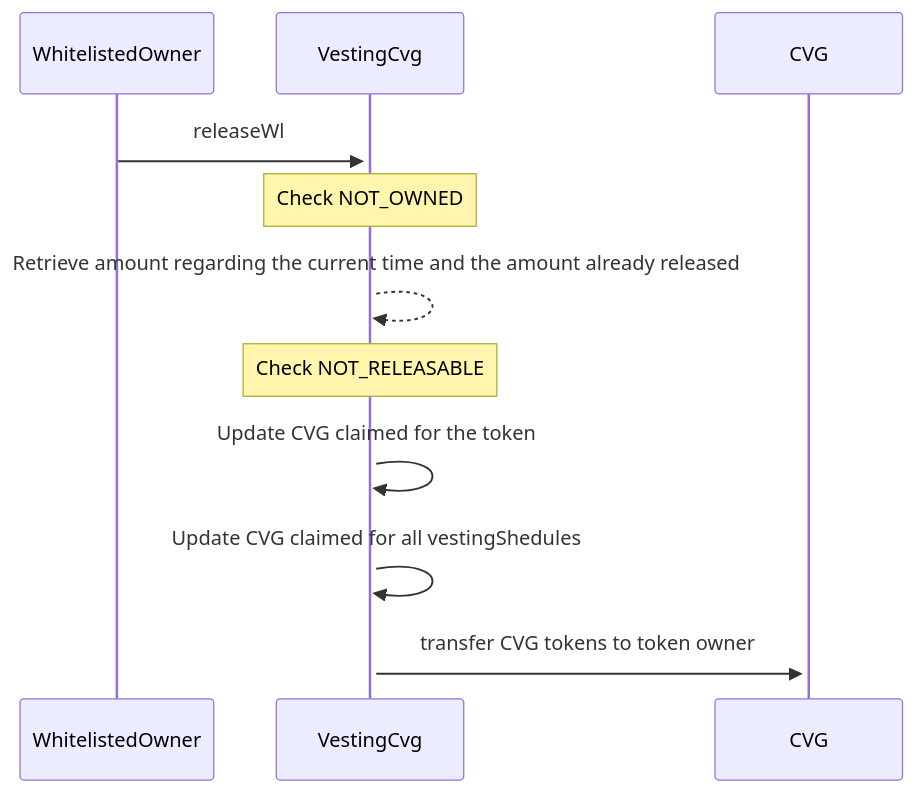
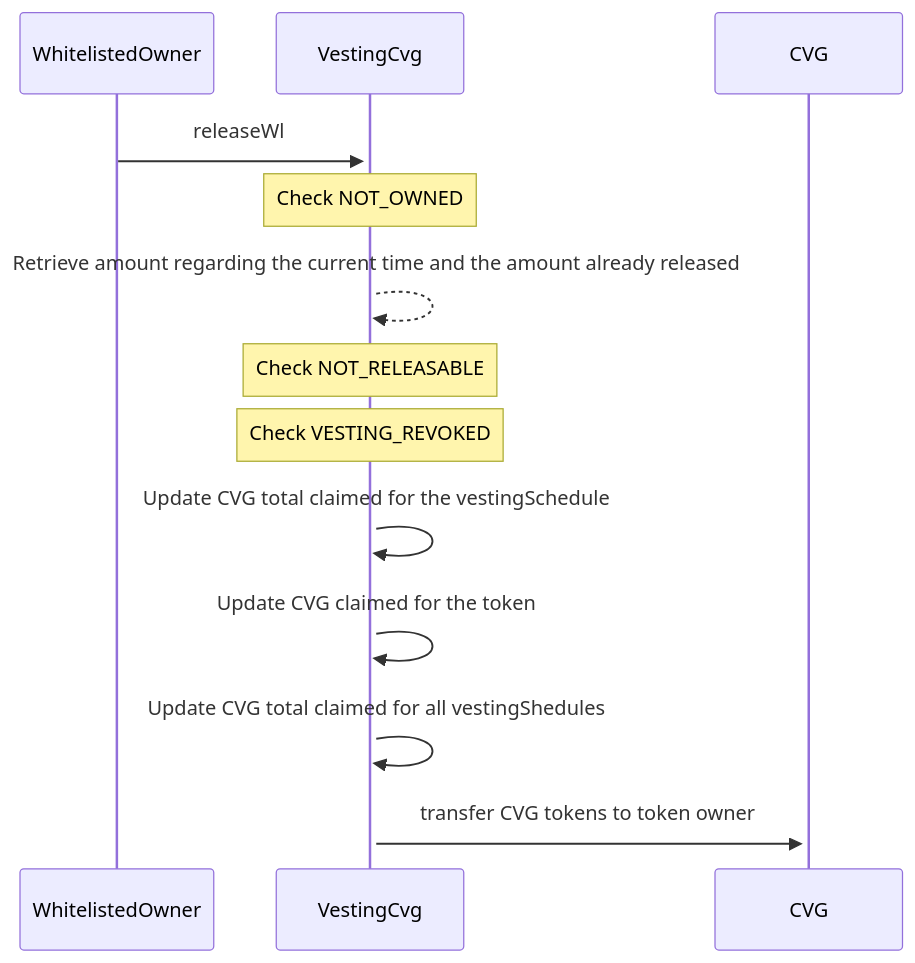
The fourth of 6 diagrams in technical-docs/VestingCvg.md (hats-finance/Convergence-Finance---IBO-0x0e410e7af8e70fc5bffcdbfbdf1673ee7b3d0777), drawn with Mermaid before and after one commit. The commit also changed other lines of this file and 9 other files, not shown here.

````diff
--- a/technical-docs/VestingCvg.md
+++ b/technical-docs/VestingCvg.md
@@ -46,10 +55,12 @@
 ```mermaid
 sequenceDiagram
     WhitelistedOwner->>+VestingCvg: releaseWl
     note over VestingCvg: Check NOT_OWNED
     VestingCvg-->>VestingCvg: Retrieve amount regarding the current time and the amount already released
     note over VestingCvg: Check NOT_RELEASABLE
+    note over VestingCvg: Check VESTING_REVOKED
+    VestingCvg->>VestingCvg: Update CVG total claimed for the vestingSchedule
     VestingCvg->>VestingCvg: Update CVG claimed for the token
-    VestingCvg->>VestingCvg: Update CVG claimed for all vestingShedules
+    VestingCvg->>VestingCvg: Update CVG total claimed for all vestingShedules
     VestingCvg->>+CVG: transfer CVG tokens to token owner
 ```
````
